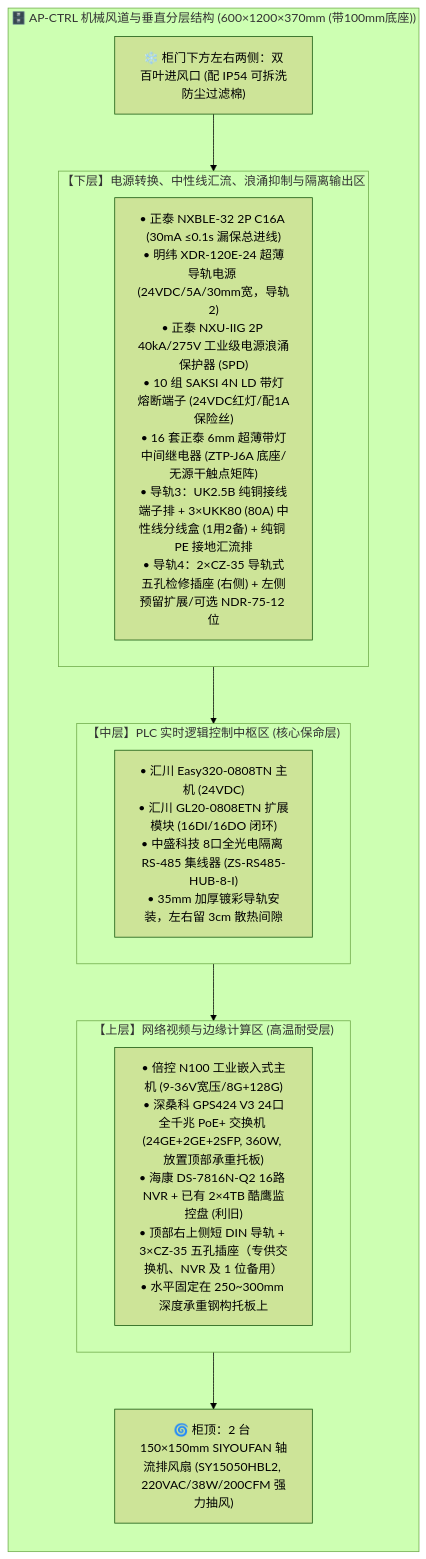
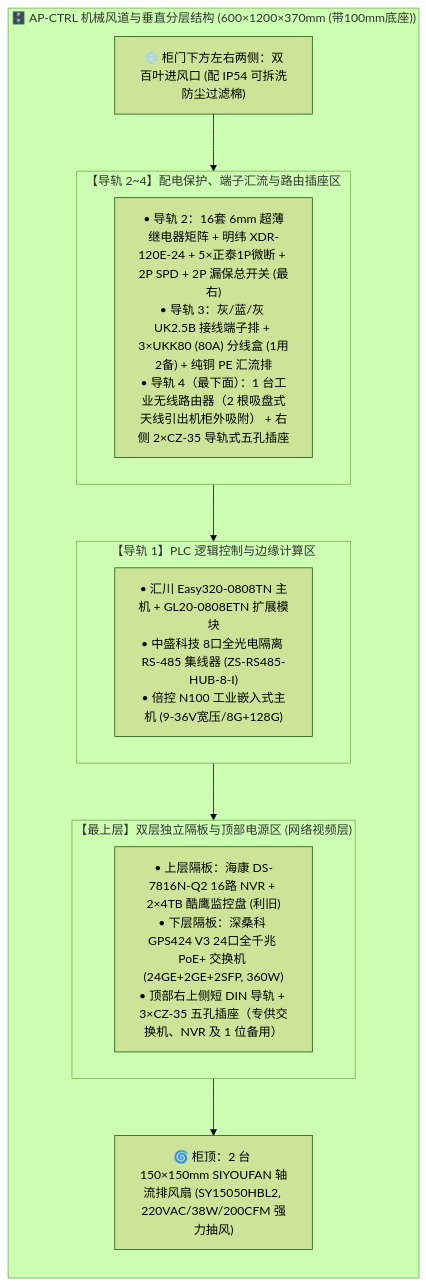
One commit to digitalboy/aquaponics changed the diagram in docs/02_requirements_and_plans/03_engineering_specs/04_中央PLC智能主控制柜配盘与电气工程规范.md. Above: the diagram before and after it, drawn with Mermaid (forest theme). The commit also changed 6 other files, not shown here.

````diff
--- a/docs/02_requirements_and_plans/03_engineering_specs/04_中央PLC智能主控制柜配盘与电气工程规范.md
+++ b/docs/02_requirements_and_plans/03_engineering_specs/04_中央PLC智能主控制柜配盘与电气工程规范.md
@@ -59,26 +59,26 @@
 ```mermaid
 flowchart TD
     subgraph Cabinet ["🗄️ AP-CTRL 机械风道与垂直分层结构 (600×1200×370mm (带100mm底座))"]
         direction TB
         Fans["🌀 柜顶：2 台 150×150mm SIYOUFAN 轴流排风扇 (SY15050HBL2, 220VAC/38W/200CFM 强力抽风)"]
         
-        subgraph TopLayer ["【上层】网络视频与边缘计算区 (高温耐受层)"]
-            TopNet["• 倍控 N100 工业嵌入式主机 (9-36V宽压/8G+128G)<br>• 深桑科 GPS424 V3 24口全千兆 PoE+ 交换机 (24GE+2GE+2SFP, 360W, 放置顶部承重托板)<br>• 海康 DS-7816N-Q2 16路 NVR + 已有 2×4TB 酷鹰监控盘 (利旧)<br>• 顶部右上侧短 DIN 导轨 + 3×CZ-35 五孔插座（专供交换机、NVR 及 1 位备用）<br>• 水平固定在 250~300mm 深度承重钢构托板上"]
+        subgraph TopLayer ["【最上层】双层独立隔板与顶部电源区 (网络视频层)"]
+            TopNet["• 上层隔板：海康 DS-7816N-Q2 16路 NVR + 2×4TB 酷鹰监控盘 (利旧)<br>• 下层隔板：深桑科 GPS424 V3 24口全千兆 PoE+ 交换机 (24GE+2GE+2SFP, 360W)<br>• 顶部右上侧短 DIN 导轨 + 3×CZ-35 五孔插座（专供交换机、NVR 及 1 位备用）"]
         end
         
-        subgraph MidLayer ["【中层】PLC 实时逻辑控制中枢区 (核心保命层)"]
-            MidPLC["• 汇川 Easy320-0808TN 主机 (24VDC)<br>• 汇川 GL20-0808ETN 扩展模块 (16DI/16DO 闭环)<br>• 中盛科技 8口全光电隔离 RS-485 集线器 (ZS-RS485-HUB-8-I)<br>• 35mm 加厚镀彩导轨安装，左右留 3cm 散热间隙"]
+        subgraph MidLayer ["【导轨 1】PLC 逻辑控制与边缘计算区"]
+            MidPLC["• 汇川 Easy320-0808TN 主机 + GL20-0808ETN 扩展模块<br>• 中盛科技 8口全光电隔离 RS-485 集线器 (ZS-RS485-HUB-8-I)<br>• 倍控 N100 工业嵌入式主机 (9-36V宽压/8G+128G)"]
         end
         
-        subgraph BottomLayer ["【下层】电源转换、中性线汇流、浪涌抑制与隔离输出区"]
-            BottomElec["• 正泰 NXBLE-32 2P C16A (30mA ≤0.1s 漏保总进线)<br>• 明纬 XDR-120E-24 超薄导轨电源 (24VDC/5A/30mm宽，导轨2)<br>• 正泰 NXU-IIG 2P 40kA/275V 工业级电源浪涌保护器 (SPD)<br>• 10 组 SAKSI 4N LD 带灯熔断端子 (24VDC红灯/配1A保险丝)<br>• 16 套正泰 6mm 超薄带灯中间继电器 (ZTP-J6A 底座/无源干触点矩阵)<br>• 导轨3：UK2.5B 纯铜接线端子排 + 3×UKK80 (80A) 中性线分线盒 (1用2备) + 纯铜 PE 接地汇流排<br>• 导轨4：2×CZ-35 导轨式五孔检修插座 (右侧) + 左侧预留扩展/可选 NDR-75-12 位"]
+        subgraph BottomLayer ["【导轨 2~4】配电保护、端子汇流与路由插座区"]
+            BottomElec["• 导轨 2：16套 6mm 超薄继电器矩阵 + 明纬 XDR-120E-24 + 5×正泰1P微断 + 2P SPD + 2P 漏保总开关 (最右)<br>• 导轨 3：灰/蓝/灰 UK2.5B 接线端子排 + 3×UKK80 (80A) 分线盒 (1用2备) + 纯铜 PE 汇流排<br>• 导轨 4（最下面）：1 台工业无线路由器（2 根吸盘式天线引出机柜外吸附） + 右侧 2×CZ-35 导轨式五孔插座"]
         end
         
         Intake["❄️ 柜门下方左右两侧：双百叶进风口 (配 IP54 可拆洗防尘过滤棉)"]
         
         Intake --> BottomLayer
         BottomLayer --> MidLayer
         MidLayer --> TopLayer
         TopLayer --> Fans
     end
 ```
````
